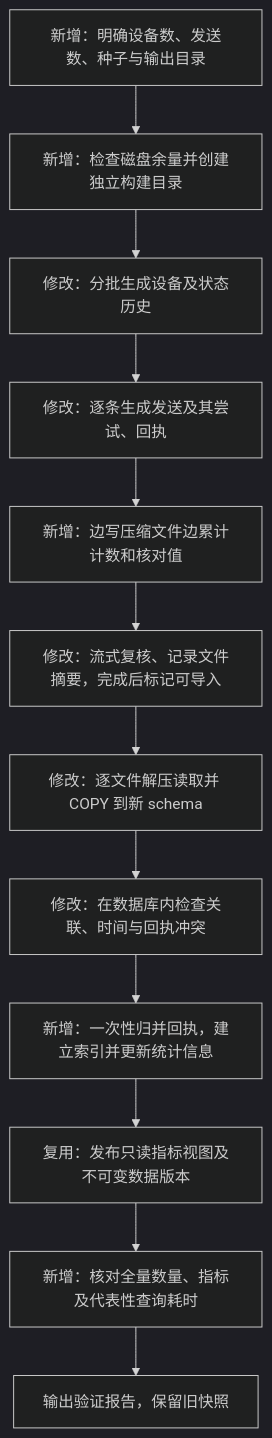
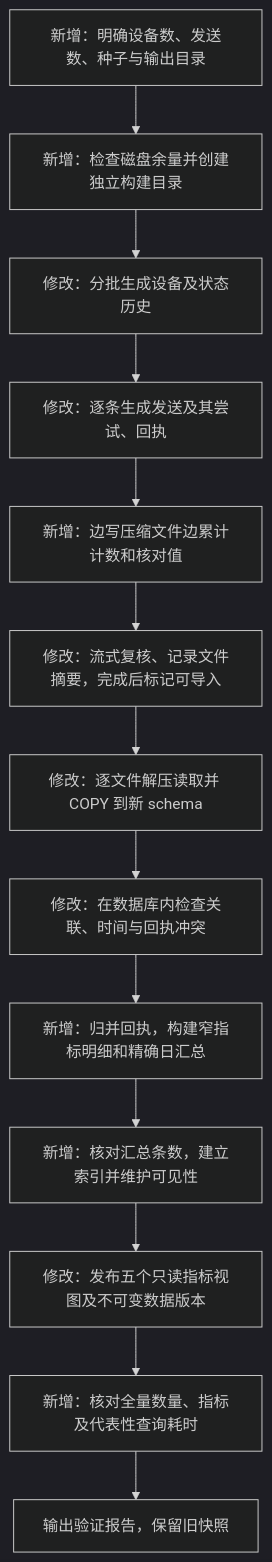
Before and after one commit to zjqylhy/nl2sql_agent: the diagram in docs/push-scale-technical-design.md, drawn with Mermaid (dark theme). The commit also changed other lines of this file and 4 other files, not shown here.

````diff
--- a/docs/push-scale-technical-design.md
+++ b/docs/push-scale-technical-design.md
@@ -26,14 +26,15 @@
 ```mermaid
 flowchart TD
   A[新增：明确设备数、发送数、种子与输出目录] --> B[新增：检查磁盘余量并创建独立构建目录]
   B --> C[修改：分批生成设备及状态历史]
   C --> D[修改：逐条生成发送及其尝试、回执]
   D --> E[新增：边写压缩文件边累计计数和核对值]
   E --> F[修改：流式复核、记录文件摘要，完成后标记可导入]
   F --> G[修改：逐文件解压读取并 COPY 到新 schema]
   G --> H[修改：在数据库内检查关联、时间与回执冲突]
-  H --> I[新增：一次性归并回执，建立索引并更新统计信息]
-  I --> J[复用：发布只读指标视图及不可变数据版本]
+  H --> I[新增：归并回执，构建窄指标明细和精确日汇总]
+  I --> I2[新增：核对汇总条数，建立索引并维护可见性]
+  I2 --> J[修改：发布五个只读指标视图及不可变数据版本]
   J --> K[新增：核对全量数量、指标及代表性查询耗时]
   K --> L[输出验证报告，保留旧快照]
 ```
````
